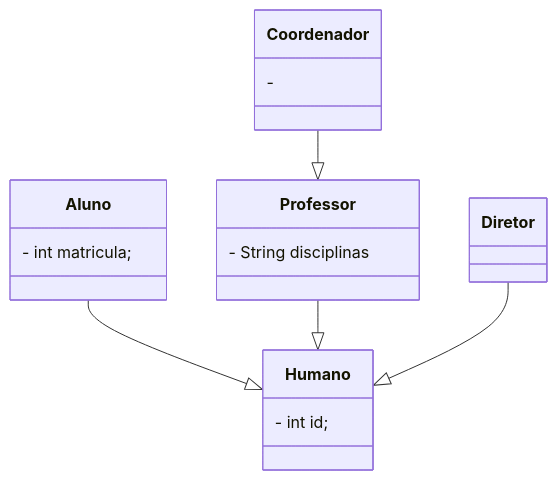
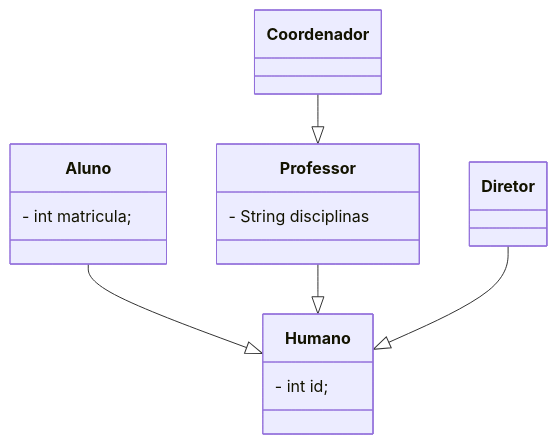
The second of 3 diagrams in aula-22/app/src/main/java/engtelecom/poo/README.md (Aluno55/POO), drawn with Mermaid before and after one commit. The commit also changed other lines of this file, not shown here.

````diff
--- a/aula-22/app/src/main/java/engtelecom/poo/README.md
+++ b/aula-22/app/src/main/java/engtelecom/poo/README.md
@@ -19,22 +29,16 @@
 ```mermaid
 classDiagram
     class Humano{
         - int id;
     }
     class Aluno{
         - int matricula;
     }
     class Professor{
         - String disciplinas
     }
-    class Coordenador{
-        -
-    }
-    class Diretor{
-
-    }
     Aluno --|> Humano
     Professor --|> Humano
     Coordenador --|> Professor
     Diretor --|> Humano
 ```
````
